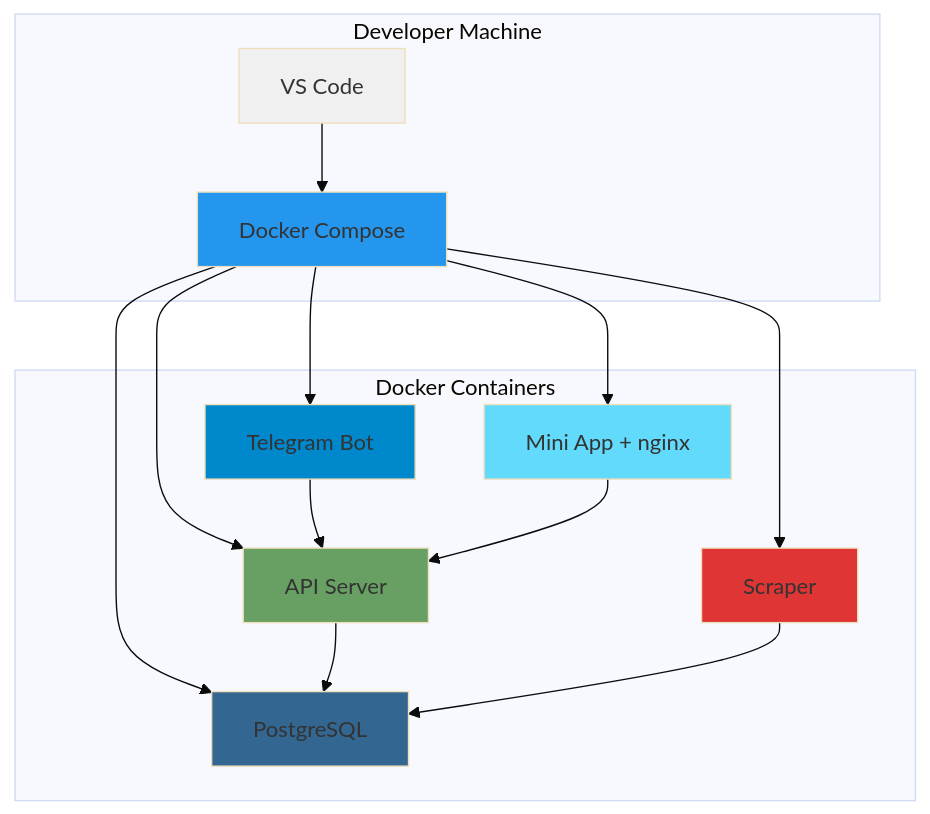
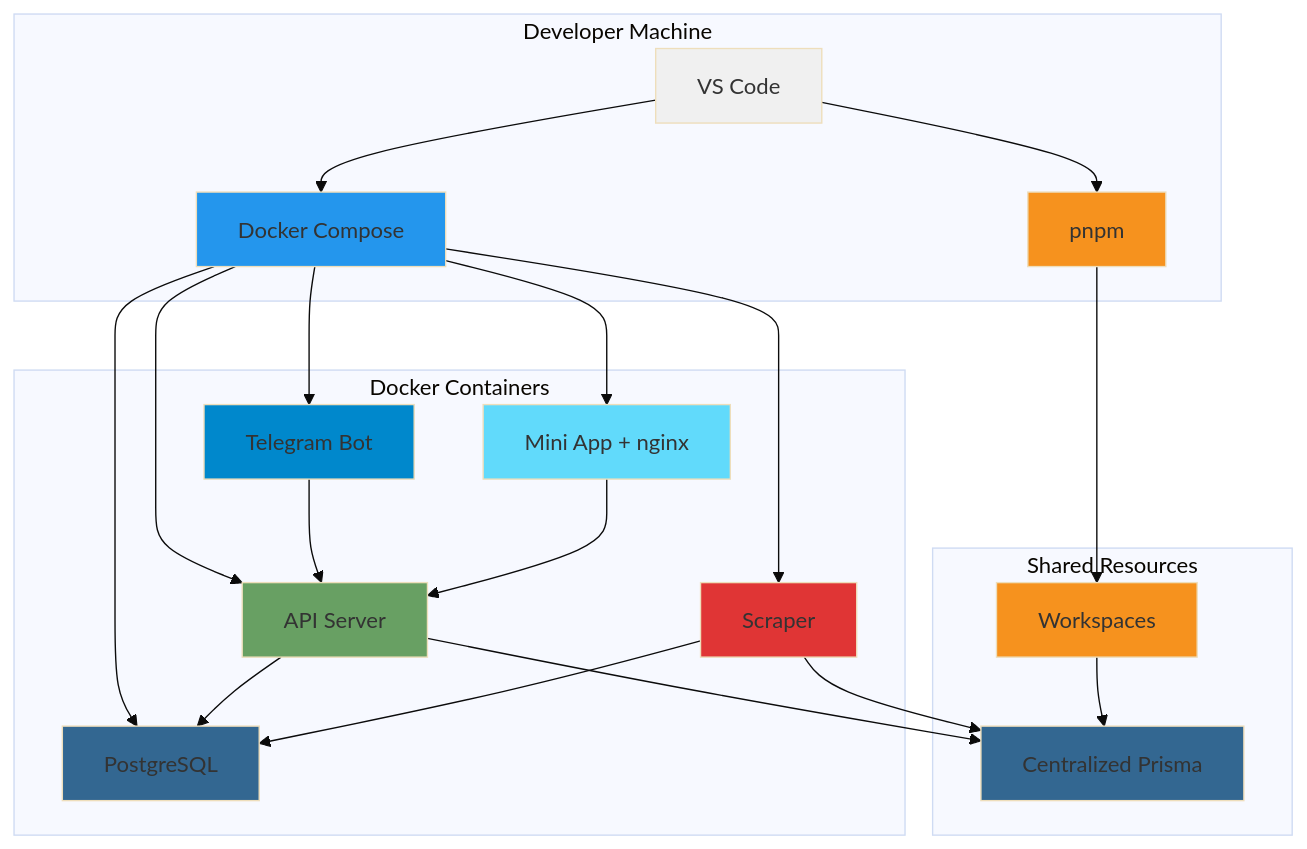
One commit to Zenderg/hookah-wishlist changed the sixth of 10 diagrams in plans/02-system-architecture.md. Above: the diagram before and after it, drawn with Mermaid (base theme). The commit also changed other lines of this file and 6 other files, not shown here.

````diff
--- a/plans/02-system-architecture.md
+++ b/plans/02-system-architecture.md
@@ -378,34 +502,48 @@
 ```mermaid
 graph TB
     subgraph "Developer Machine"
         DEV[VS Code]
         DC[Docker Compose]
+        PN[pnpm]
     end
     
     subgraph "Docker Containers"
         API_DEV[API Server]
         DB_DEV[PostgreSQL]
         SCRAPER_DEV[Scraper]
         BOT_DEV[Telegram Bot]
         MINI_DEV[Mini App + nginx]
     end
     
+    subgraph "Shared Resources"
+        PR[Centralized Prisma]
+        WS[Workspaces]
+    end
+    
+    DEV --> PN
+    PN --> WS
+    WS --> PR
     DEV --> DC
     DC --> API_DEV
     DC --> DB_DEV
     DC --> SCRAPER_DEV
     DC --> BOT_DEV
     DC --> MINI_DEV
+    API_DEV --> PR
+    SCRAPER_DEV --> PR
+    BOT_DEV --> API_DEV
+    MINI_DEV --> API_DEV
     API_DEV --> DB_DEV
     SCRAPER_DEV --> DB_DEV
-    BOT_DEV --> API_DEV
-    MINI_DEV --> API_DEV
     
     style DEV fill:#f0f0f0
     style DC fill:#2496ed
+    style PN fill:#f6921e
     style API_DEV fill:#68a063
     style DB_DEV fill:#336791
     style SCRAPER_DEV fill:#e03535
     style BOT_DEV fill:#0088cc
     style MINI_DEV fill:#61dafb
+    style PR fill:#336791
+    style WS fill:#f6921e
 ```
````
